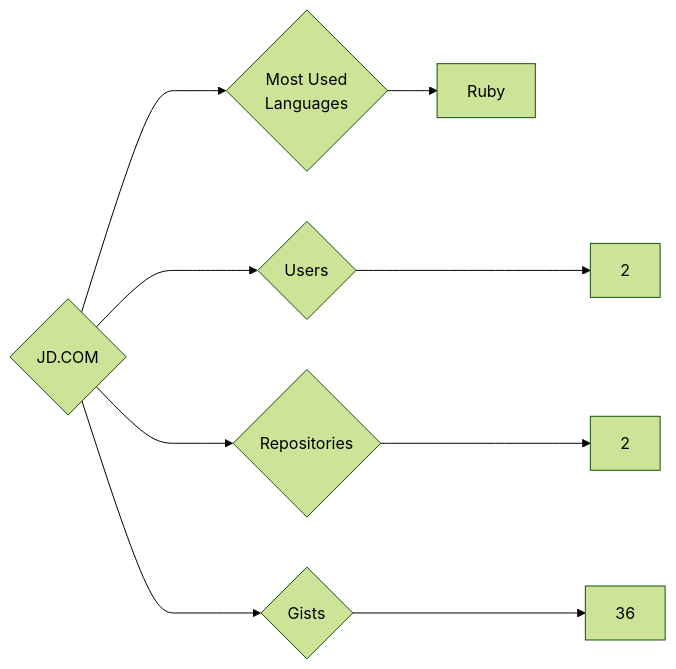
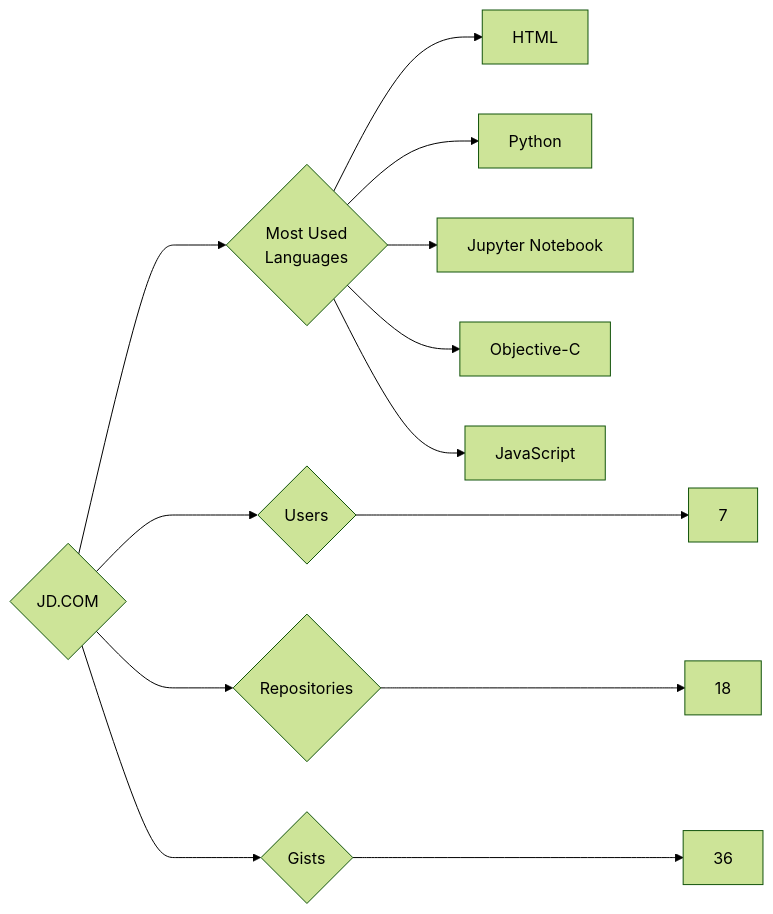
One commit to trickest/insiders changed the diagram in targets/JD.COM/README.md. Above: the diagram before and after it, drawn with Mermaid (forest theme). The commit also changed 715 other files, not shown here.

````diff
--- a/targets/JD.COM/README.md
+++ b/targets/JD.COM/README.md
@@ -3,9 +3,13 @@
 ```mermaid
 graph LR
 COMPANY_NAME{JD.COM}
-COMPANY_NAME ---> U{Users} ---> UN[2]
-COMPANY_NAME ---> R{Repositories} ---> RN[2]
+COMPANY_NAME ---> U{Users} ---> UN[7]
+COMPANY_NAME ---> R{Repositories} ---> RN[18]
 COMPANY_NAME ---> G{Gists} ---> GN[36]
 COMPANY_NAME ---> ML{Most Used<br>Languages}
-ML --> Ruby[Ruby]
+ML --> HTML[HTML]
+ML --> Python[Python]
+ML --> Jupyter_Notebook[Jupyter Notebook]
+ML --> Objective-C[Objective-C]
+ML --> JavaScript[JavaScript]
 ```
````
